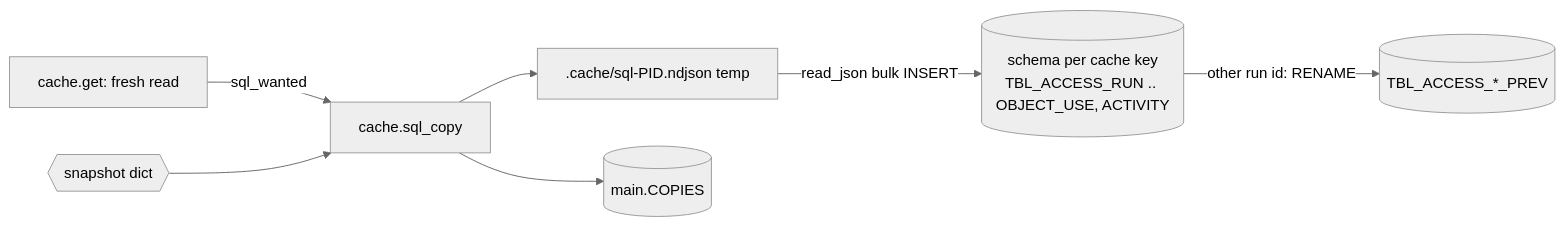
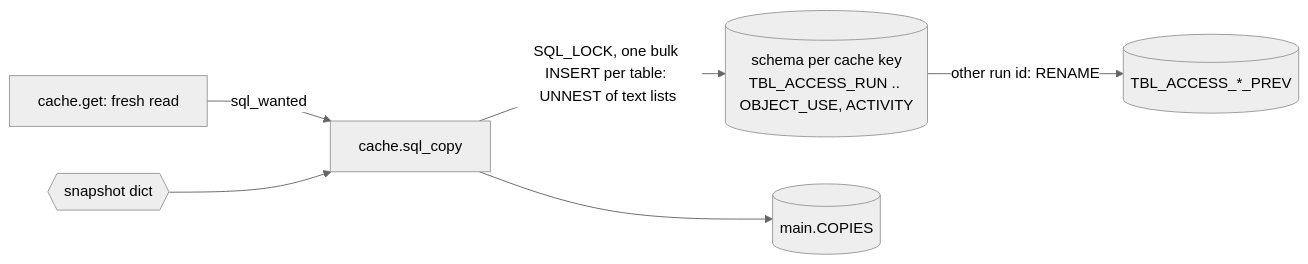
Before and after one commit to darshanmeel/snowflake-access-explorer: the diagram in snowflake-access-explorer-knowledge-graph/data/duckdb-copy.md, drawn with Mermaid (neutral theme). The commit also changed other lines of this file and 79 other files, not shown here.

Commit message:
Knowledge graph: STATEMENT_TIMEOUT, WORKERS, ACTIVITY, HIERARCHY, progress lines, shared ACCESS_HISTORY read, procedure batching; node lines re-synced

````diff
--- a/snowflake-access-explorer-knowledge-graph/data/duckdb-copy.md
+++ b/snowflake-access-explorer-knowledge-graph/data/duckdb-copy.md
@@ -4,9 +4,8 @@
 ```mermaid
 flowchart LR
   G[cache.get: fresh read] -->|sql_wanted| C[cache.sql_copy]
   D{{snapshot dict}} --> C
-  C --> J[.cache/sql-PID.ndjson temp]
-  J -->|read_json bulk INSERT| S[(schema per cache key<br/>TBL_ACCESS_RUN .. OBJECT_USE, ACTIVITY)]
+  C -->|SQL_LOCK, one bulk INSERT per table: UNNEST of text lists| S[(schema per cache key<br/>TBL_ACCESS_RUN .. OBJECT_USE, ACTIVITY)]
   S -->|other run id: RENAME| P[(TBL_ACCESS_*_PREV)]
   C --> K[(main.COPIES)]
 ```
````
